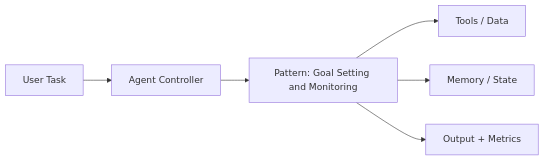
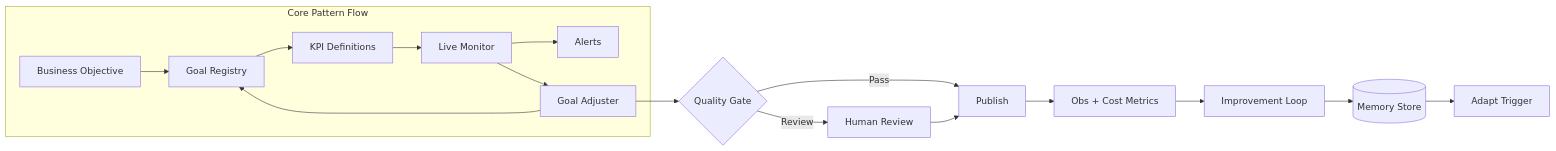
One commit to vivekreeves/agentic-design-patterns-lab changed the diagram in notebooks/level_02_memory_and_adaptation/11_goal_setting_and_monitoring_architecture.md. Above: the diagram before and after it, drawn with Mermaid. The commit also changed 71 other files, not shown here.

````diff
--- a/notebooks/level_02_memory_and_adaptation/11_goal_setting_and_monitoring_architecture.md
+++ b/notebooks/level_02_memory_and_adaptation/11_goal_setting_and_monitoring_architecture.md
@@ -5,8 +5,19 @@
 ```mermaid
 flowchart LR
-  Q[User Task] --> A[Agent Controller]
-  A --> P[Pattern: Goal Setting and Monitoring]
-  P --> T[Tools / Data]
-  P --> M[Memory / State]
-  P --> O[Output + Metrics]
+  subgraph CoreFlow[Core Pattern Flow]
+    B[Business Objective] --> GR[Goal Registry]
+    GR --> KP[KPI Definitions]
+    KP --> MON[Live Monitor]
+    MON --> AL[Alerts]
+    MON --> ADJ[Goal Adjuster]
+    ADJ --> GR
+  end
+  ADJ --> QG{Quality Gate}
+  QG -->|Pass| PUB[Publish]
+  QG -->|Review| HREV[Human Review]
+  HREV --> PUB
+  PUB --> OBS[Obs + Cost Metrics]
+  OBS --> LOOP[Improvement Loop]
+  LOOP --> MEM[(Memory Store)]
+  MEM --> ADAPT[Adapt Trigger]
 ```
````
